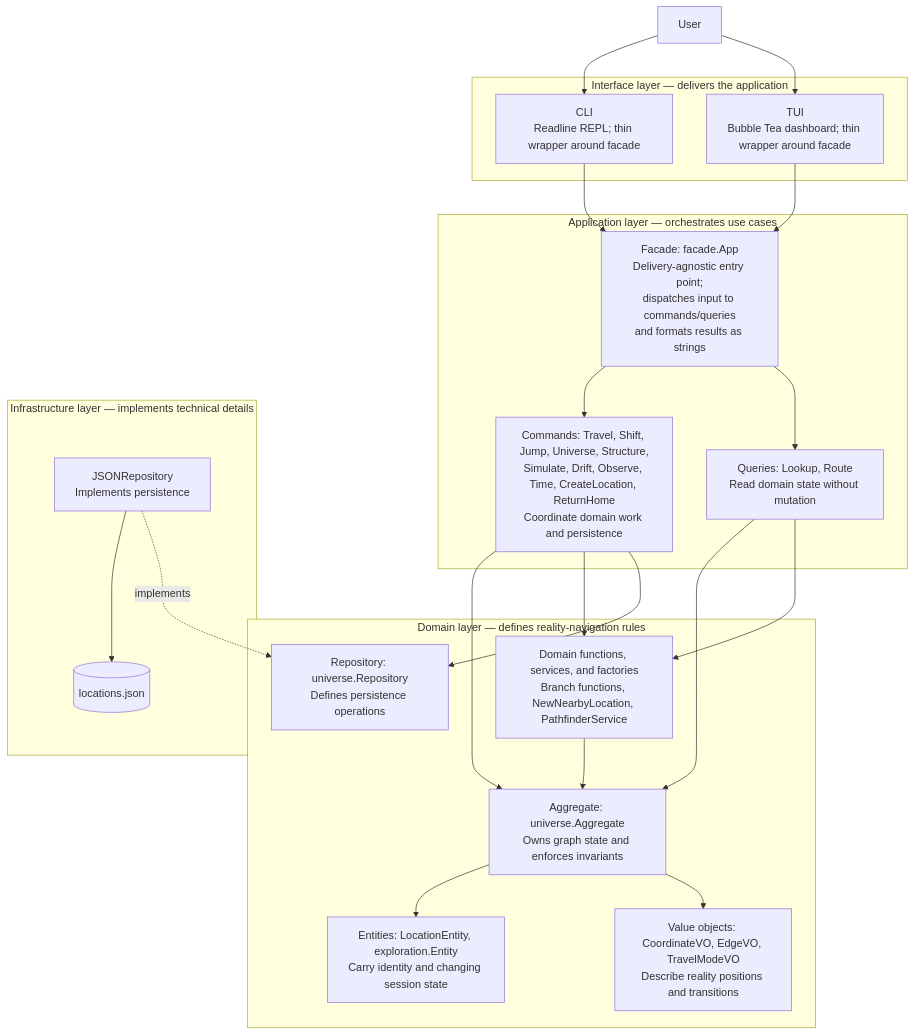
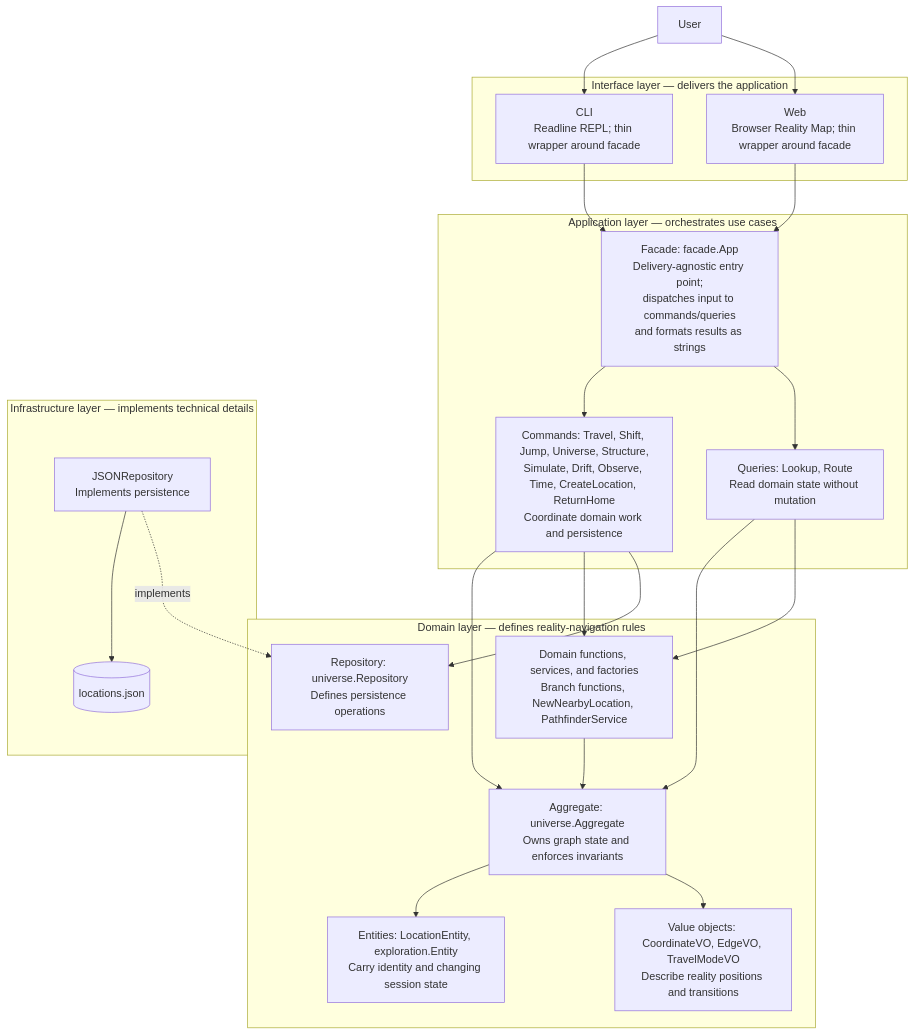
The diagram in docs/DDD.md (petherin/onto), drawn with Mermaid before and after one commit. The commit also changed other lines of this file and 8 other files, not shown here.

First line of the commit message:
Remove the TUI dashboard delivery mechanism

````diff
--- a/docs/DDD.md
+++ b/docs/DDD.md
@@ -31,43 +31,43 @@
 ```mermaid
 flowchart TB
     subgraph Domain["Domain layer — defines reality-navigation rules"]
         Aggregate["Aggregate: universe.Aggregate<br/>Owns graph state and enforces invariants"]
         Entities["Entities: LocationEntity, exploration.Entity<br/>Carry identity and changing session state"]
         Values["Value objects: CoordinateVO, EdgeVO, TravelModeVO<br/>Describe reality positions and transitions"]
         Services["Domain functions, services, and factories<br/>Branch functions, NewNearbyLocation, PathfinderService"]
         Repository["Repository: universe.Repository<br/>Defines persistence operations"]
         Aggregate --> Entities
         Aggregate --> Values
         Services --> Aggregate
     end
 
     subgraph Application["Application layer — orchestrates use cases"]
         Facade["Facade: facade.App<br/>Delivery-agnostic entry point;<br/>dispatches input to commands/queries<br/>and formats results as strings"]
         Commands["Commands: Travel, Shift, Jump, Universe, Structure,<br/>Simulate, Drift, Observe, Time, CreateLocation, ReturnHome<br/>Coordinate domain work and persistence"]
         Queries["Queries: Lookup, Route<br/>Read domain state without mutation"]
         Facade --> Commands
         Facade --> Queries
     end
 
     subgraph Interface["Interface layer — delivers the application"]
         CLI["CLI<br/>Readline REPL; thin wrapper around facade"]
-        TUI["TUI<br/>Bubble Tea dashboard; thin wrapper around facade"]
+        WEB["Web<br/>Browser Reality Map; thin wrapper around facade"]
     end
 
     subgraph Infrastructure["Infrastructure layer — implements technical details"]
         JSON["JSONRepository<br/>Implements persistence"]
         Data[(locations.json)]
         JSON --> Data
     end
 
     User[User] --> CLI
-    User --> TUI
+    User --> WEB
     CLI --> Facade
-    TUI --> Facade
+    WEB --> Facade
     Commands --> Aggregate
     Commands --> Services
     Commands --> Repository
     Queries --> Aggregate
     Queries --> Services
     JSON -. implements .-> Repository
 ```
````
